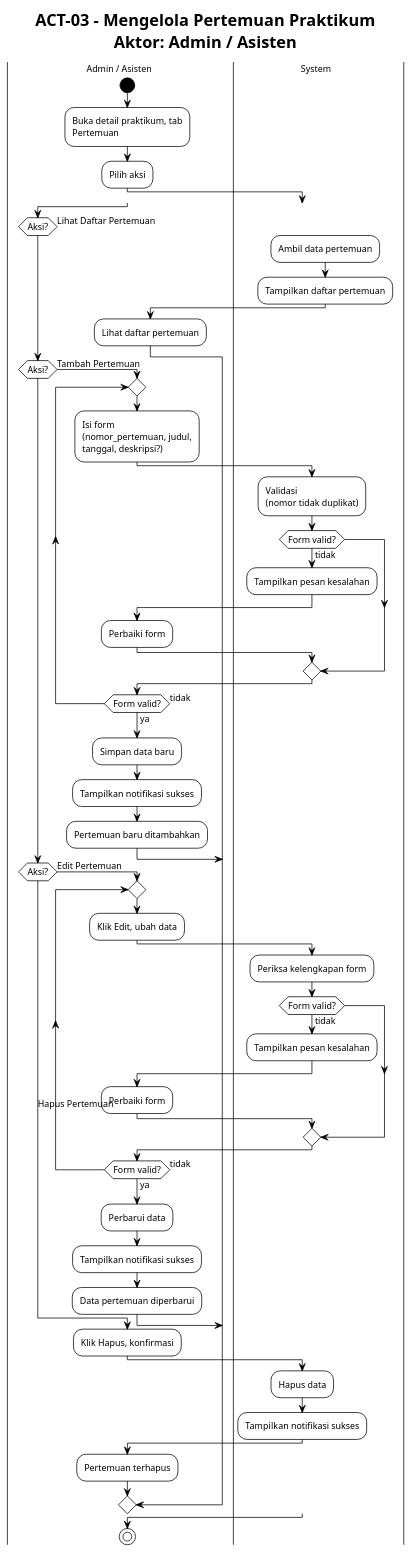
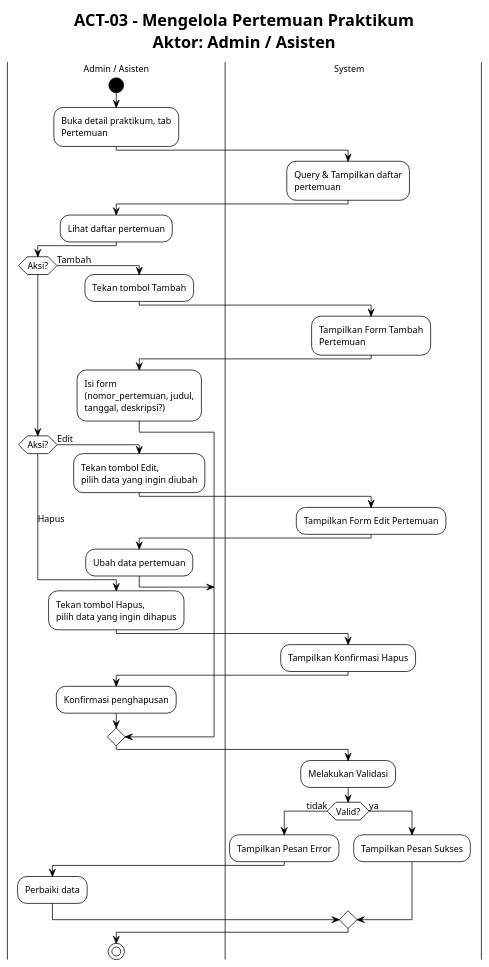
Before and after one commit to Habiboys/SILAB-DSI: the diagram in docs/praktikum/activity/ACT_03_MENGELOLA_PERTEMUAN.puml, drawn with PlantUML. The commit also changed 170 other files, not shown here.

```diff
--- a/docs/praktikum/activity/ACT_03_MENGELOLA_PERTEMUAN.puml
+++ b/docs/praktikum/activity/ACT_03_MENGELOLA_PERTEMUAN.puml
@@ -1,73 +1,58 @@
 @startuml ACT_03_MENGELOLA_PERTEMUAN
 !theme plain
 !pragma useVerticalIf on
 scale max 1600 width
 skinparam wrapWidth 200
 skinparam defaultFontSize 12
-skinparam swimlaneWidth 220
+skinparam swimlaneWidth 260
 skinparam ActivityStartColor black
 skinparam ActivityEndColor black
 title ACT-03 - Mengelola Pertemuan Praktikum\nAktor: Admin / Asisten
 
 |Admin / Asisten|
 |System|
 
 |Admin / Asisten|
 start
 :Buka detail praktikum, tab Pertemuan;
-:Pilih aksi;
+|System|
+:Query & Tampilkan daftar pertemuan;
+|Admin / Asisten|
+:Lihat daftar pertemuan;
 
-if (Aksi?) then (Lihat Daftar Pertemuan)
+if (Aksi?) then (Tambah)
+  :Tekan tombol Tambah;
   |System|
-  :Ambil data pertemuan;
-  :Tampilkan daftar pertemuan;
+  :Tampilkan Form Tambah Pertemuan;
   |Admin / Asisten|
-  :Lihat daftar pertemuan;
+  :Isi form\n(nomor_pertemuan, judul,\ntanggal, deskripsi?);
 
-elseif (Aksi?) then (Tambah Pertemuan)
+elseif (Aksi?) then (Edit)
+  :Tekan tombol Edit,\npilih data yang ingin diubah;
+  |System|
+  :Tampilkan Form Edit Pertemuan;
   |Admin / Asisten|
-  repeat
-    :Isi form\n(nomor_pertemuan, judul,\ntanggal, deskripsi?);
-    |System|
-    :Validasi\n(nomor tidak duplikat);
-    if (Form valid?) then (tidak)
-      :Tampilkan pesan kesalahan;
-      |Admin / Asisten|
-      :Perbaiki form;
-    endif
-  repeat while (Form valid?) is (tidak) not (ya)
-  :Simpan data baru;
-  :Tampilkan notifikasi sukses;
+  :Ubah data pertemuan;
+
+else (Hapus)
+  :Tekan tombol Hapus,\npilih data yang ingin dihapus;
+  |System|
+  :Tampilkan Konfirmasi Hapus;
   |Admin / Asisten|
-  :Pertemuan baru ditambahkan;
+  :Konfirmasi penghapusan;
+endif
 
-elseif (Aksi?) then (Edit Pertemuan)
+|System|
+:Melakukan Validasi;
+if (Valid?) then (tidak)
+  :Tampilkan Pesan Error;
   |Admin / Asisten|
-  repeat
-    :Klik Edit, ubah data;
-    |System|
-    :Periksa kelengkapan form;
-    if (Form valid?) then (tidak)
-      :Tampilkan pesan kesalahan;
-      |Admin / Asisten|
-      :Perbaiki form;
-    endif
-  repeat while (Form valid?) is (tidak) not (ya)
-  :Perbarui data;
-  :Tampilkan notifikasi sukses;
+  :Perbaiki data;
+  |System|
+else (ya)
+  :Tampilkan Pesan Sukses;
   |Admin / Asisten|
-  :Data pertemuan diperbarui;
-
-else (Hapus Pertemuan)
-  |Admin / Asisten|
-  :Klik Hapus, konfirmasi;
-  |System|
-  :Hapus data;
-  :Tampilkan notifikasi sukses;
-  |Admin / Asisten|
-  :Pertemuan terhapus;
-
 endif
 
 stop
 @enduml
```
